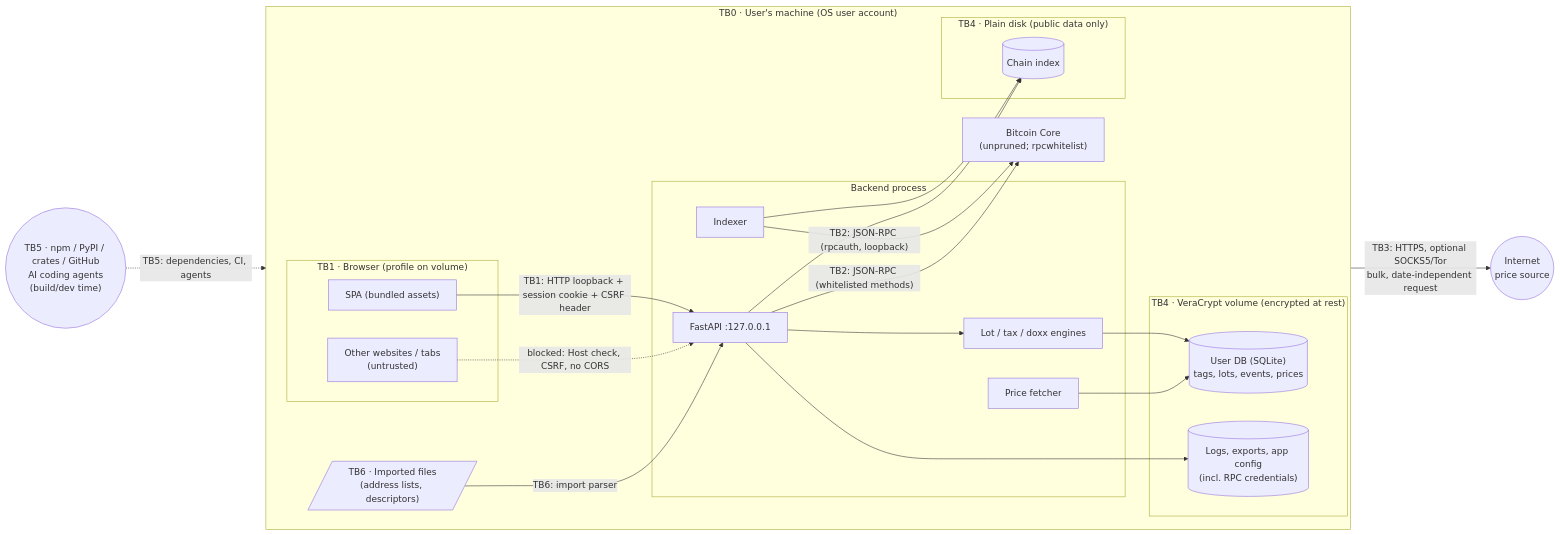
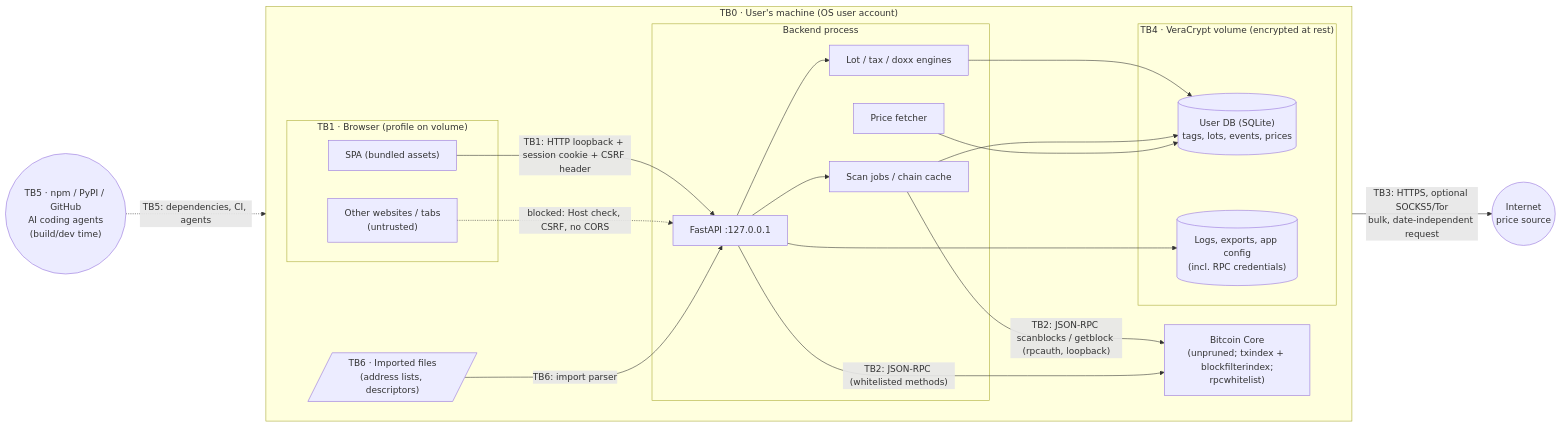
Before and after one commit to kristovatlas/coin-accounting: the diagram in docs/THREAT_MODEL.md, drawn with Mermaid. The commit also changed other lines of this file and 1 other file, not shown here.

First line of the commit message:
Use Core's txindex + blockfilterindex/scanblocks instead of an app-side chain index

````diff
--- a/docs/THREAT_MODEL.md
+++ b/docs/THREAT_MODEL.md
@@ -38,41 +38,38 @@
 ```mermaid
 flowchart LR
   subgraph TB0["TB0 · User's machine (OS user account)"]
     direction LR
     subgraph TB1["TB1 · Browser (profile on volume)"]
       UI["SPA (bundled assets)"]
       OtherTabs["Other websites / tabs<br/>(untrusted)"]
     end
     FILES[/"TB6 · Imported files<br/>(address lists, descriptors)"/]
     subgraph APP["Backend process"]
       API["FastAPI :127.0.0.1"]
-      IDX["Indexer"]
+      SCAN["Scan jobs / chain cache"]
       TAX["Lot / tax / doxx engines"]
       PRC["Price fetcher"]
     end
     subgraph TB4V["TB4 · VeraCrypt volume (encrypted at rest)"]
       UDB[("User DB (SQLite)<br/>tags, lots, events, prices")]
       LOGS[("Logs, exports, app config<br/>(incl. RPC credentials)")]
     end
-    subgraph TB4P["TB4 · Plain disk (public data only)"]
-      CIDX[("Chain index")]
-    end
-    NODE["Bitcoin Core<br/>(unpruned; rpcwhitelist)"]
+    NODE["Bitcoin Core<br/>(unpruned; txindex + blockfilterindex;<br/>rpcwhitelist)"]
   end
   NET(("Internet<br/>price source"))
-  SUPPLY(("TB5 · npm / PyPI / crates / GitHub<br/>AI coding agents<br/>(build/dev time)"))
+  SUPPLY(("TB5 · npm / PyPI / GitHub<br/>AI coding agents<br/>(build/dev time)"))
 
   UI -- "TB1: HTTP loopback + session cookie + CSRF header" --> API
   OtherTabs -. "blocked: Host check, CSRF, no CORS" .-> API
   FILES -- "TB6: import parser" --> API
   API --> TAX
   TAX --> UDB
   API --> LOGS
-  IDX -- "TB2: JSON-RPC (rpcauth, loopback)" --> NODE
+  SCAN -- "TB2: JSON-RPC scanblocks / getblock (rpcauth, loopback)" --> NODE
   API -- "TB2: JSON-RPC (whitelisted methods)" --> NODE
-  IDX --> CIDX
-  API --> CIDX
+  API --> SCAN
+  SCAN --> UDB
   PRC -- "TB3: HTTPS, optional SOCKS5/Tor<br/>bulk, date-independent request" --> NET
   PRC --> UDB
   SUPPLY -. "TB5: dependencies, CI, agents" .-> APP
 ```
````
